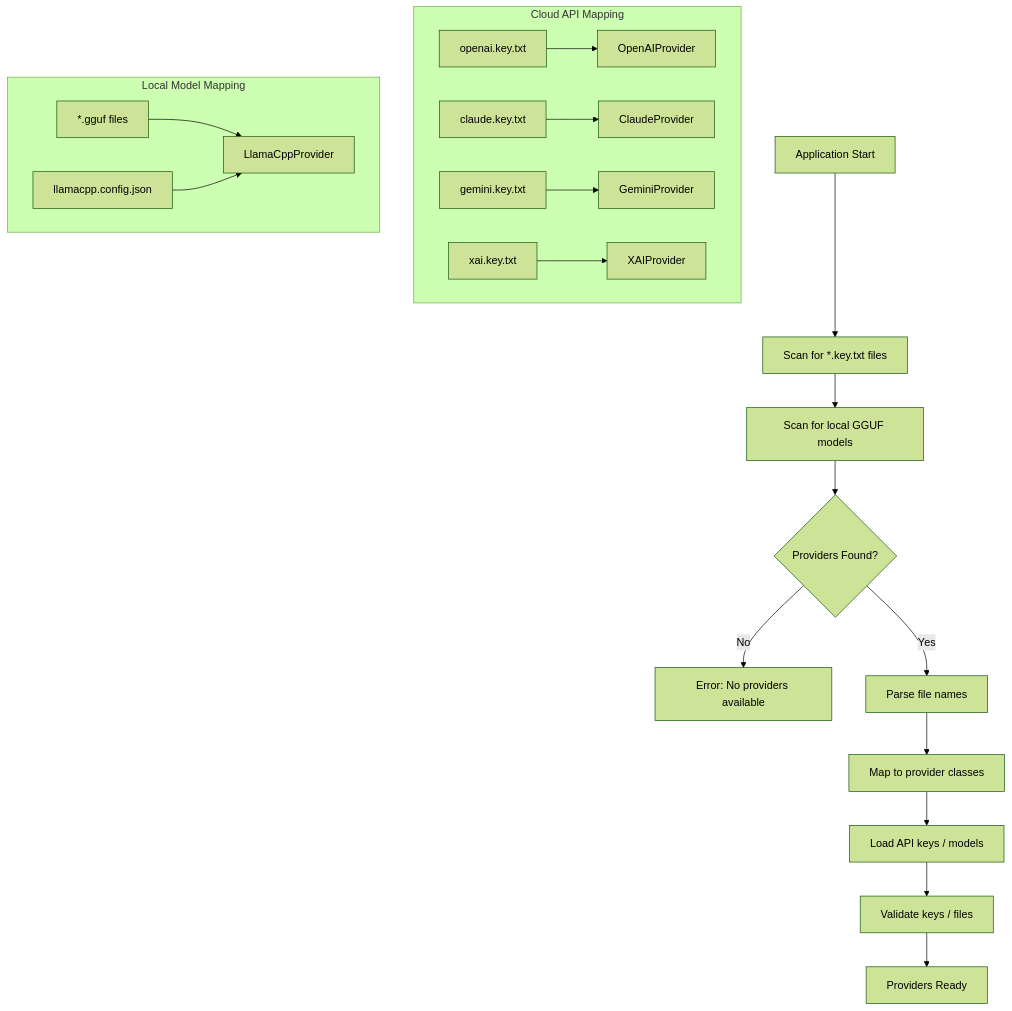
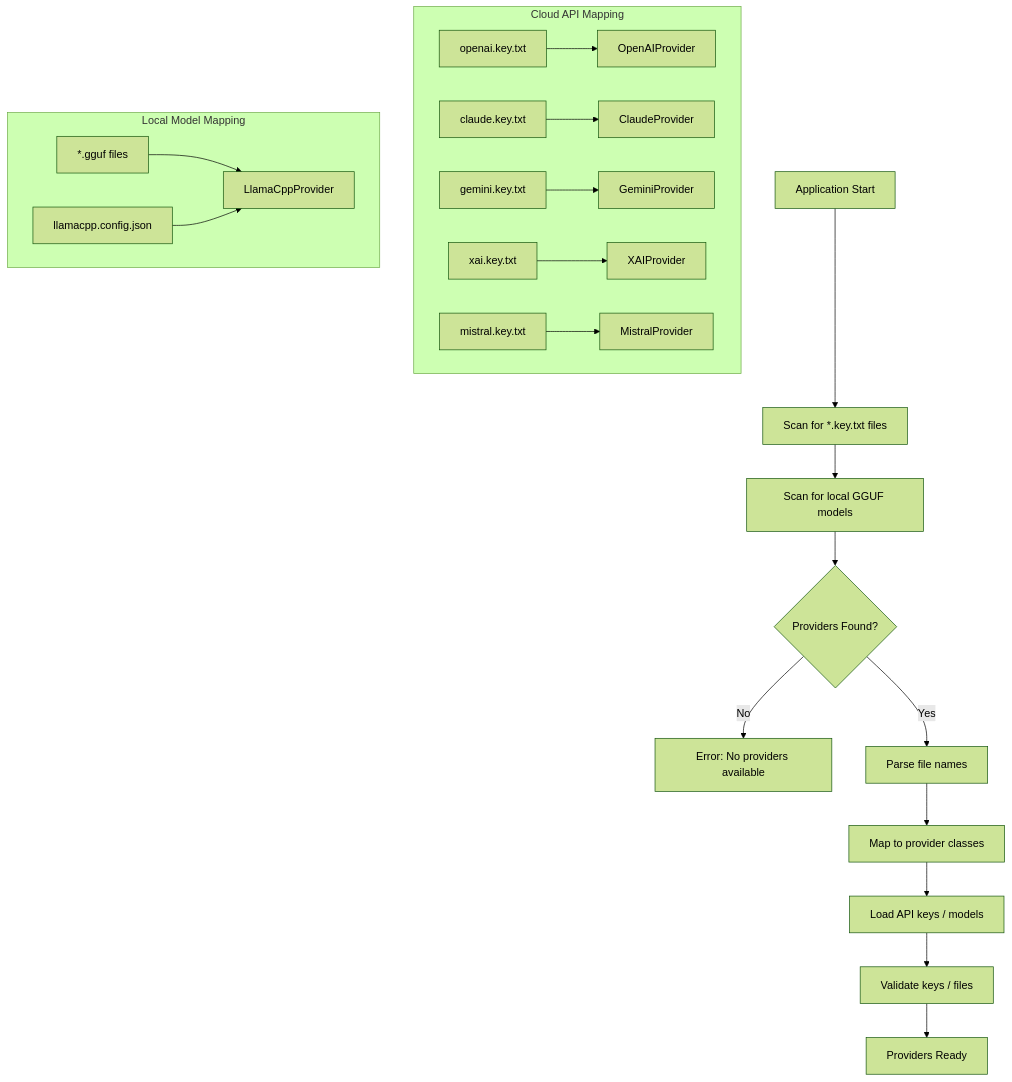
Before and after one commit to rondilley/llm_compare: the first of 14 diagrams in docs/PROVIDERS.md, drawn with Mermaid (forest theme). The commit also changed other lines of this file and 2 other files, not shown here.

````diff
--- a/docs/PROVIDERS.md
+++ b/docs/PROVIDERS.md
@@ -11,27 +11,28 @@
 ```mermaid
 flowchart TD
     START[Application Start] --> SCAN[Scan for *.key.txt files]
     SCAN --> LOCAL[Scan for local GGUF models]
     LOCAL --> FOUND{Providers Found?}
 
     FOUND -->|No| ERROR[Error: No providers available]
     FOUND -->|Yes| PARSE[Parse file names]
 
     PARSE --> MAP[Map to provider classes]
 
     subgraph Cloud["Cloud API Mapping"]
         F1[openai.key.txt] --> P1[OpenAIProvider]
         F2[claude.key.txt] --> P2[ClaudeProvider]
         F3[gemini.key.txt] --> P3[GeminiProvider]
         F4[xai.key.txt] --> P4[XAIProvider]
+        F7[mistral.key.txt] --> P7[MistralProvider]
     end
 
     subgraph Local["Local Model Mapping"]
         F5[*.gguf files] --> P5[LlamaCppProvider]
         F6[llamacpp.config.json] --> P5
     end
 
     MAP --> LOAD[Load API keys / models]
     LOAD --> VALIDATE[Validate keys / files]
     VALIDATE --> READY[Providers Ready]
 ```
````
